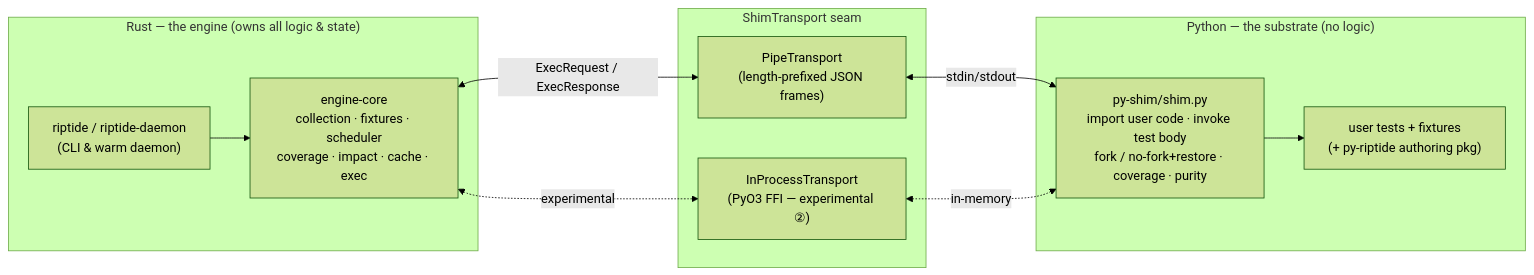
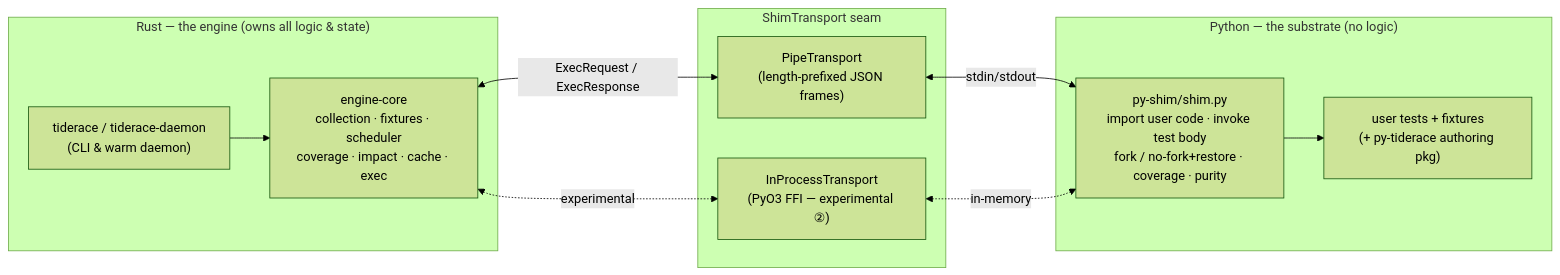
The first of 9 diagrams in ARCHITECTURE.md (snoodleboot-io/tiderace), drawn with Mermaid (forest theme) before and after one commit. The commit also changed other lines of this file and 122 other files, not shown here.

First line of the commit message:
rename: riptide -> tiderace across the whole product (#17)

````diff
--- a/ARCHITECTURE.md
+++ b/ARCHITECTURE.md
@@ -21,24 +19,24 @@
 ```mermaid
 flowchart LR
     subgraph rust["Rust — the engine (owns all logic & state)"]
-        CLI["riptide / riptide-daemon<br/>(CLI &amp; warm daemon)"]
+        CLI["tiderace / tiderace-daemon<br/>(CLI &amp; warm daemon)"]
         CORE["engine-core<br/>collection · fixtures · scheduler<br/>coverage · impact · cache · exec"]
         CLI --> CORE
     end
 
     subgraph seam["ShimTransport seam"]
         PIPE["PipeTransport<br/>(length-prefixed JSON frames)"]
         INPROC["InProcessTransport<br/>(PyO3 FFI — experimental ②)"]
     end
 
     subgraph py["Python — the substrate (no logic)"]
         SHIM["py-shim/shim.py<br/>import user code · invoke test body<br/>fork / no-fork+restore · coverage · purity"]
-        USER["user tests + fixtures<br/>(+ py-riptide authoring pkg)"]
+        USER["user tests + fixtures<br/>(+ py-tiderace authoring pkg)"]
         SHIM --> USER
     end
 
     CORE <-->|ExecRequest / ExecResponse| PIPE
     CORE <-.experimental.-> INPROC
     PIPE <-->|stdin/stdout| SHIM
     INPROC <-.in-memory.-> SHIM
 ```
````
